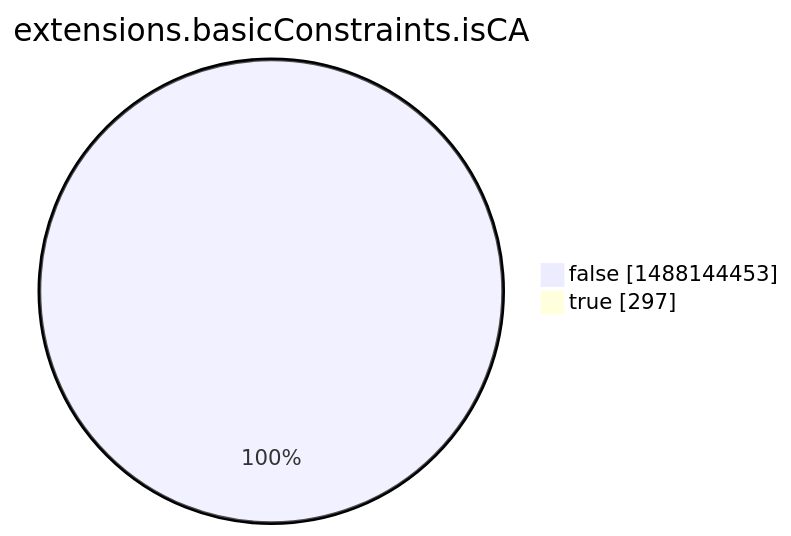
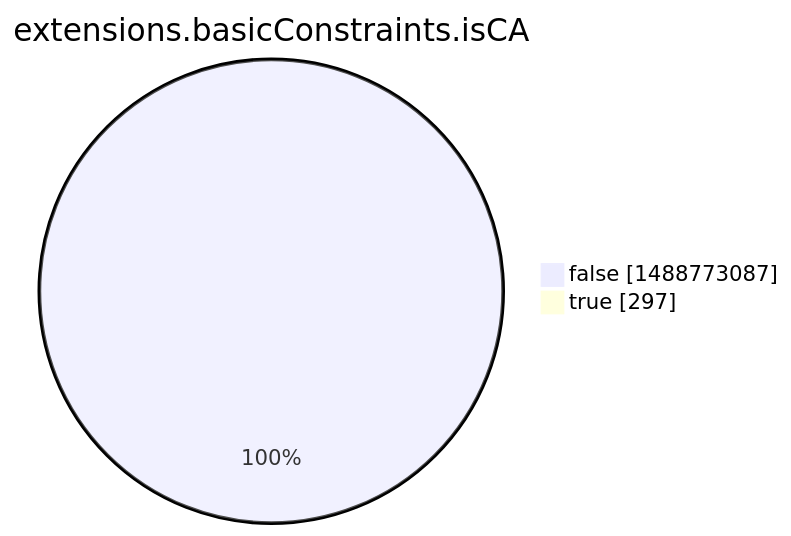
The eighth of 15 diagrams in argon2022/README.md (christiankrug/ctmonitor_visualization), drawn with Mermaid before and after one commit. The commit also changed other lines of this file, not shown here.

````diff
--- a/argon2022/README.md
+++ b/argon2022/README.md
@@ -2760,6 +2760,6 @@
 ```mermaid
 pie showData
 title extensions.basicConstraints.isCA
-"false" :1488144453
+"false" :1488773087
 "true" :297
 ```
````
